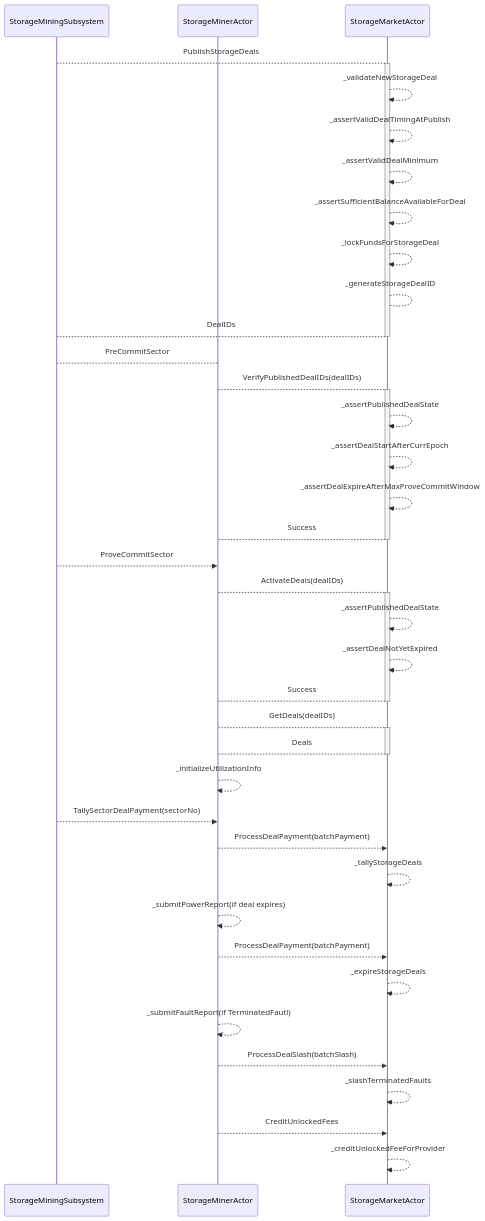
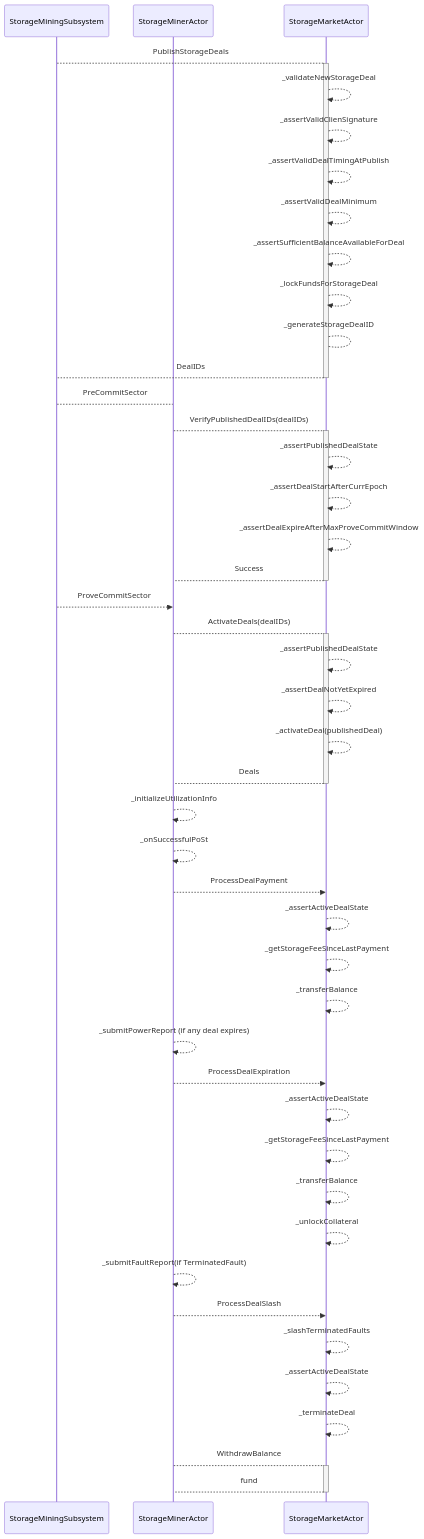
Before and after one commit to filecoin-project/specs: the diagram in src/systems/filecoin_markets/deal/diagrams/deal-payment.mmd, drawn with Mermaid. The commit also changed 1 other file, not shown here.

Commit message:
udpate mermaid

```diff
--- a/src/systems/filecoin_markets/deal/diagrams/deal-payment.mmd
+++ b/src/systems/filecoin_markets/deal/diagrams/deal-payment.mmd
@@ -1,37 +1,49 @@
 sequenceDiagram
 participant StorageMiningSubsystem
 participant StorageMinerActor
 participant StorageMarketActor
 StorageMiningSubsystem -->+ StorageMarketActor: PublishStorageDeals
 StorageMarketActor -->> StorageMarketActor: _validateNewStorageDeal
+StorageMarketActor -->> StorageMarketActor: _assertValidClienSignature
 StorageMarketActor -->> StorageMarketActor: _assertValidDealTimingAtPublish
 StorageMarketActor -->> StorageMarketActor: _assertValidDealMinimum
 StorageMarketActor -->> StorageMarketActor: _assertSufficientBalanceAvailableForDeal
 StorageMarketActor -->> StorageMarketActor: _lockFundsForStorageDeal
 StorageMarketActor --> StorageMarketActor: _generateStorageDealID
 StorageMarketActor -->- StorageMiningSubsystem: DealIDs
 StorageMiningSubsystem --> StorageMinerActor: PreCommitSector
 StorageMinerActor -->+ StorageMarketActor: VerifyPublishedDealIDs(dealIDs)
 StorageMarketActor -->> StorageMarketActor: _assertPublishedDealState
 StorageMarketActor -->> StorageMarketActor: _assertDealStartAfterCurrEpoch
 StorageMarketActor -->> StorageMarketActor: _assertDealExpireAfterMaxProveCommitWindow
 StorageMarketActor -->- StorageMinerActor: Success
 StorageMiningSubsystem -->> StorageMinerActor: ProveCommitSector
 StorageMinerActor -->+ StorageMarketActor: ActivateDeals(dealIDs)
 StorageMarketActor -->> StorageMarketActor: _assertPublishedDealState
 StorageMarketActor -->> StorageMarketActor: _assertDealNotYetExpired
-StorageMarketActor -->- StorageMinerActor: Success
-StorageMinerActor -->+ StorageMarketActor: GetDeals(dealIDs)
+StorageMarketActor -->> StorageMarketActor: _activateDeal(publishedDeal)
 StorageMarketActor -->- StorageMinerActor: Deals
 StorageMinerActor -->> StorageMinerActor: _initializeUtilizationInfo
-StorageMiningSubsystem -->> StorageMinerActor: TallySectorDealPayment(sectorNo)
-StorageMinerActor -->> StorageMarketActor: ProcessDealPayment(batchPayment)
-StorageMarketActor -->> StorageMarketActor: _tallyStorageDeals
-StorageMinerActor -->> StorageMinerActor: _submitPowerReport(if deal expires)
-StorageMinerActor -->> StorageMarketActor: ProcessDealPayment(batchPayment)
-StorageMarketActor -->> StorageMarketActor: _expireStorageDeals
-StorageMinerActor -->> StorageMinerActor: _submitFaultReport(if TerminatedFautl)
-StorageMinerActor -->> StorageMarketActor: ProcessDealSlash(batchSlash)
+
+
+StorageMinerActor -->> StorageMinerActor: _onSuccessfulPoSt
+StorageMinerActor -->> StorageMarketActor: ProcessDealPayment
+StorageMarketActor -->> StorageMarketActor: _assertActiveDealState
+StorageMarketActor -->> StorageMarketActor: _getStorageFeeSinceLastPayment
+StorageMarketActor -->> StorageMarketActor: _transferBalance
+
+StorageMinerActor -->> StorageMinerActor: _submitPowerReport (if any deal expires)
+StorageMinerActor -->> StorageMarketActor: ProcessDealExpiration
+StorageMarketActor -->> StorageMarketActor: _assertActiveDealState
+StorageMarketActor -->> StorageMarketActor: _getStorageFeeSinceLastPayment
+StorageMarketActor -->> StorageMarketActor: _transferBalance
+StorageMarketActor -->> StorageMarketActor: _unlockCollateral
+
+StorageMinerActor -->> StorageMinerActor: _submitFaultReport(if TerminatedFault)
+StorageMinerActor -->> StorageMarketActor: ProcessDealSlash
 StorageMarketActor -->> StorageMarketActor: _slashTerminatedFaults
-StorageMinerActor -->> StorageMarketActor: CreditUnlockedFees
-StorageMarketActor -->> StorageMarketActor: _creditUnlockedFeeForProvider
+StorageMarketActor -->> StorageMarketActor: _assertActiveDealState
+StorageMarketActor -->> StorageMarketActor: _terminateDeal
+
+StorageMinerActor -->+ StorageMarketActor: WithdrawBalance
+StorageMarketActor -->- StorageMinerActor: fund
```
